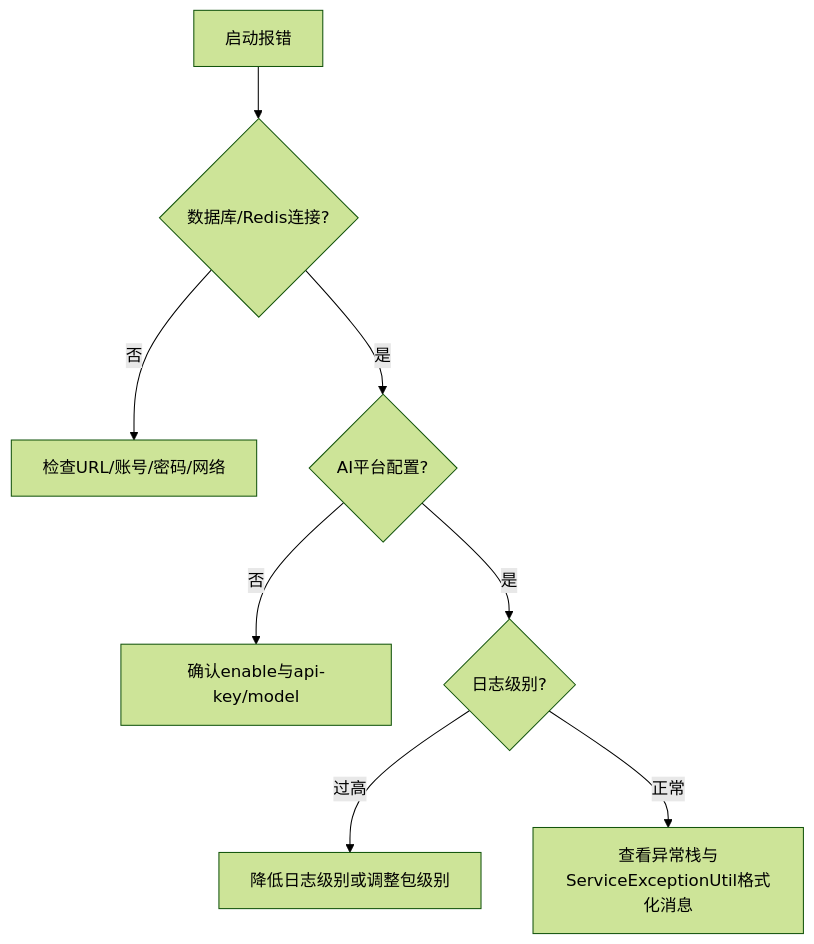
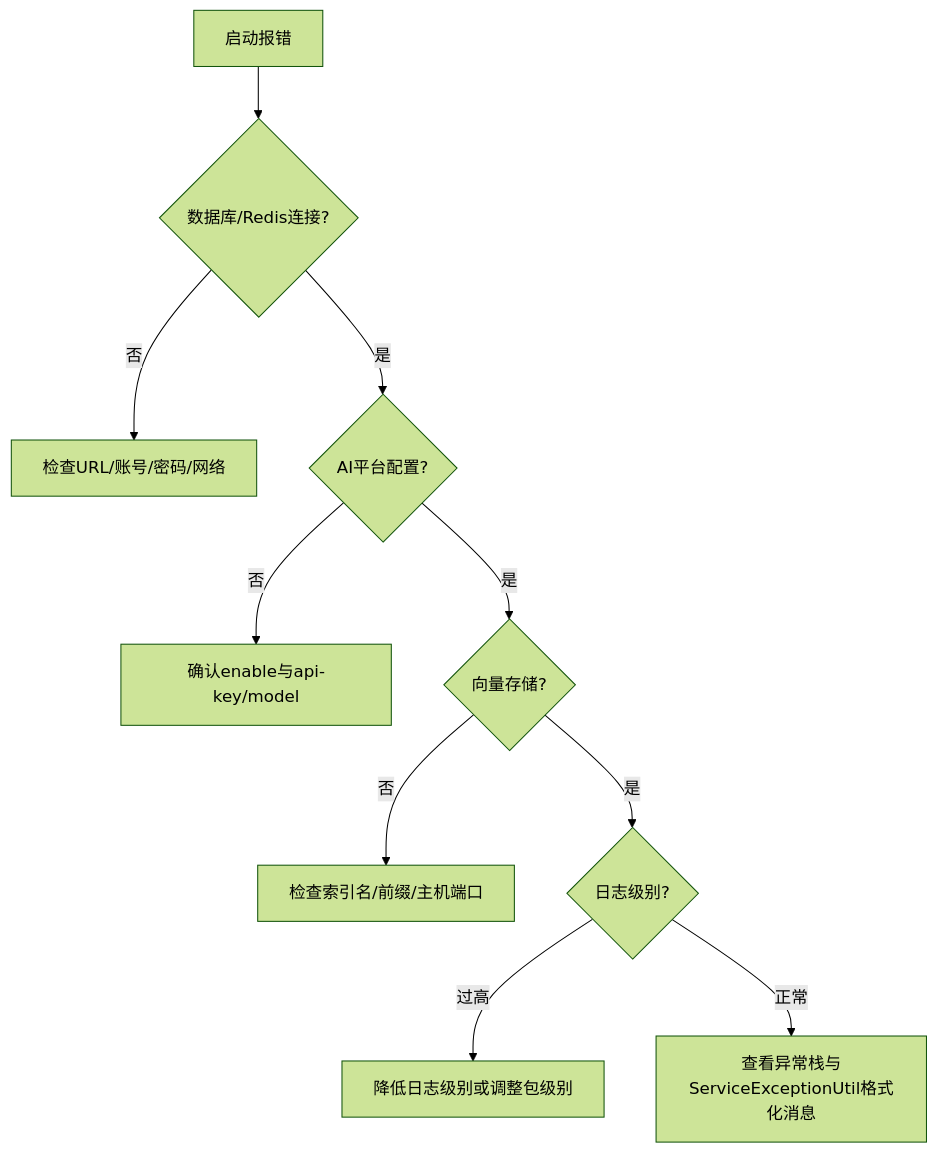
One commit to X555LB/data-ai changed the fifth of 5 diagrams in .qoder/repowiki/zh/content/配置指南.md. Above: the diagram before and after it, drawn with Mermaid (forest theme). The commit also changed other lines of this file and 31 other files, not shown here.

````diff
--- a/.qoder/repowiki/zh/content/配置指南.md
+++ b/.qoder/repowiki/zh/content/配置指南.md
@@ -288,10 +352,12 @@
 ```mermaid
 flowchart TD
 A["启动报错"] --> B{"数据库/Redis连接?"}
 B --> |否| C["检查URL/账号/密码/网络"]
 B --> |是| D{"AI平台配置?"}
 D --> |否| E["确认enable与api-key/model"]
-D --> |是| F{"日志级别?"}
-F --> |过高| G["降低日志级别或调整包级别"]
-F --> |正常| H["查看异常栈与ServiceExceptionUtil格式化消息"]
+D --> |是| F{"向量存储?"}
+F --> |否| G["检查索引名/前缀/主机端口"]
+F --> |是| H{"日志级别?"}
+H --> |过高| I["降低日志级别或调整包级别"]
+H --> |正常| J["查看异常栈与ServiceExceptionUtil格式化消息"]
 ```
````
